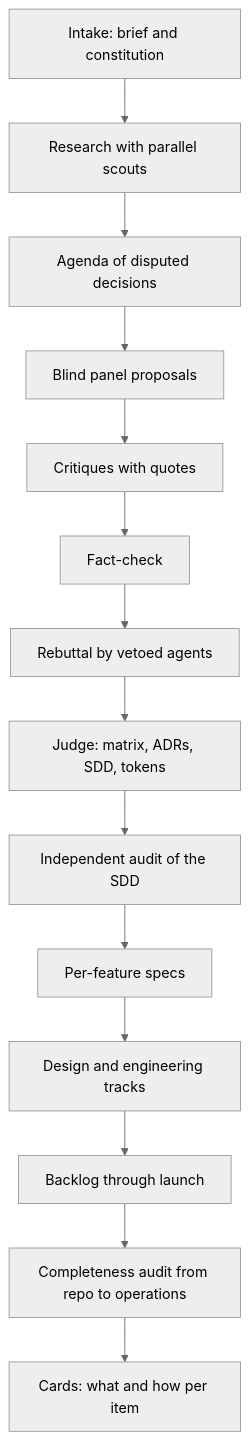
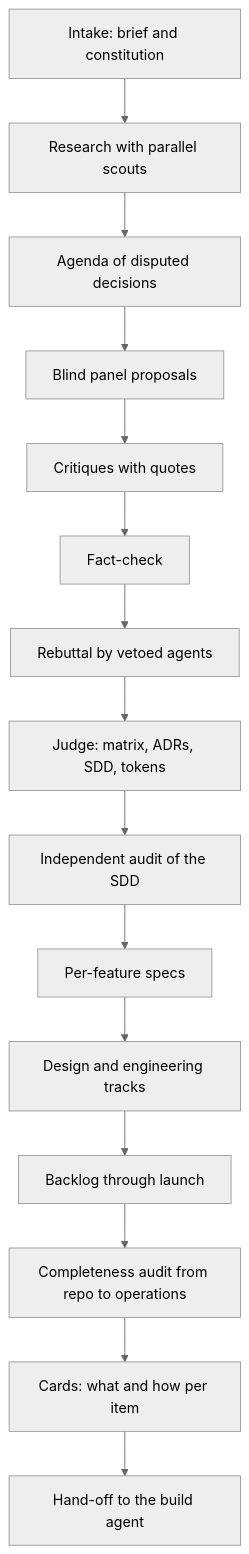
The diagram in README.md (DiMarcoSK/open-debate), drawn with Mermaid (neutral theme) before and after one commit. The commit also changed other lines of this file and 8 other files, not shown here.

````diff
--- a/README.md
+++ b/README.md
@@ -170,16 +175,17 @@
 ```mermaid
 flowchart TD
   A[Intake: brief and constitution] --> B[Research with parallel scouts]
   B --> B2[Agenda of disputed decisions]
   B2 --> C[Blind panel proposals]
   C --> D[Critiques with quotes]
   D --> E[Fact-check]
   E --> F[Rebuttal by vetoed agents]
   F --> G[Judge: matrix, ADRs, SDD, tokens]
   G --> G2[Independent audit of the SDD]
   G2 --> H[Per-feature specs]
   H --> I[Design and engineering tracks]
   I --> J[Backlog through launch]
   J --> K[Completeness audit from repo to operations]
   K --> L[Cards: what and how per item]
+  L --> M[Hand-off to the build agent]
 ```
````
